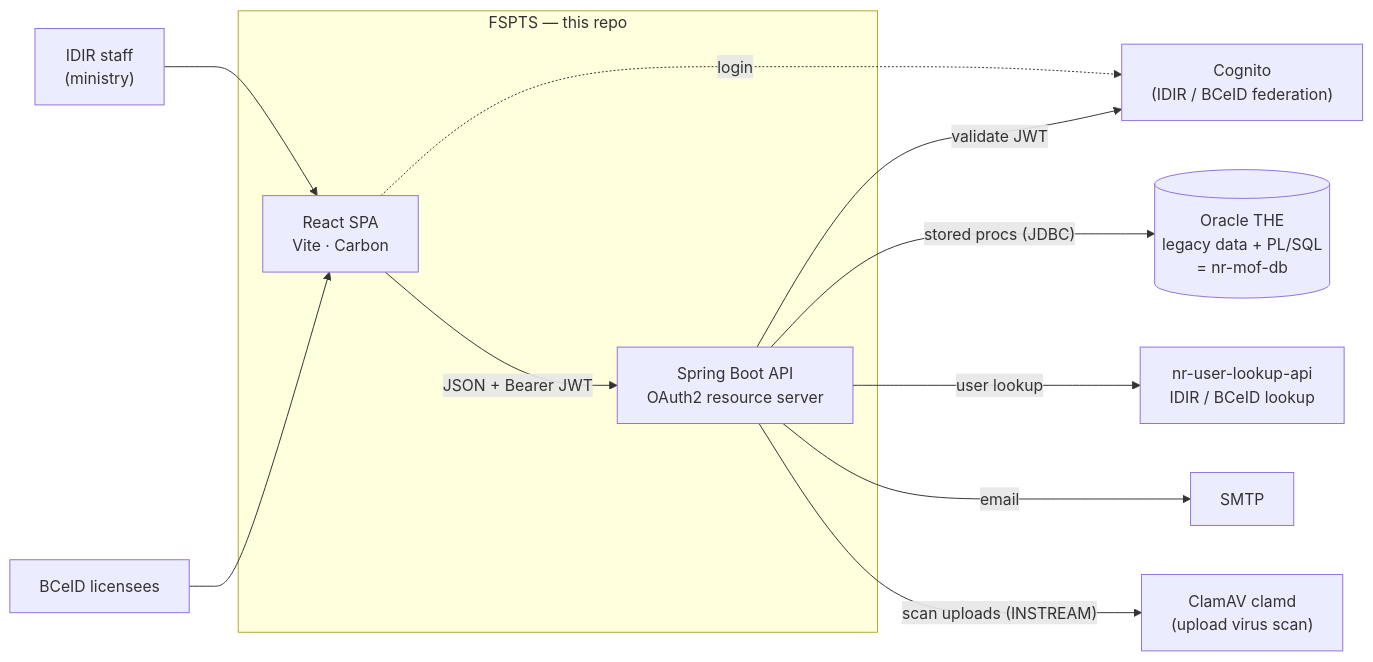
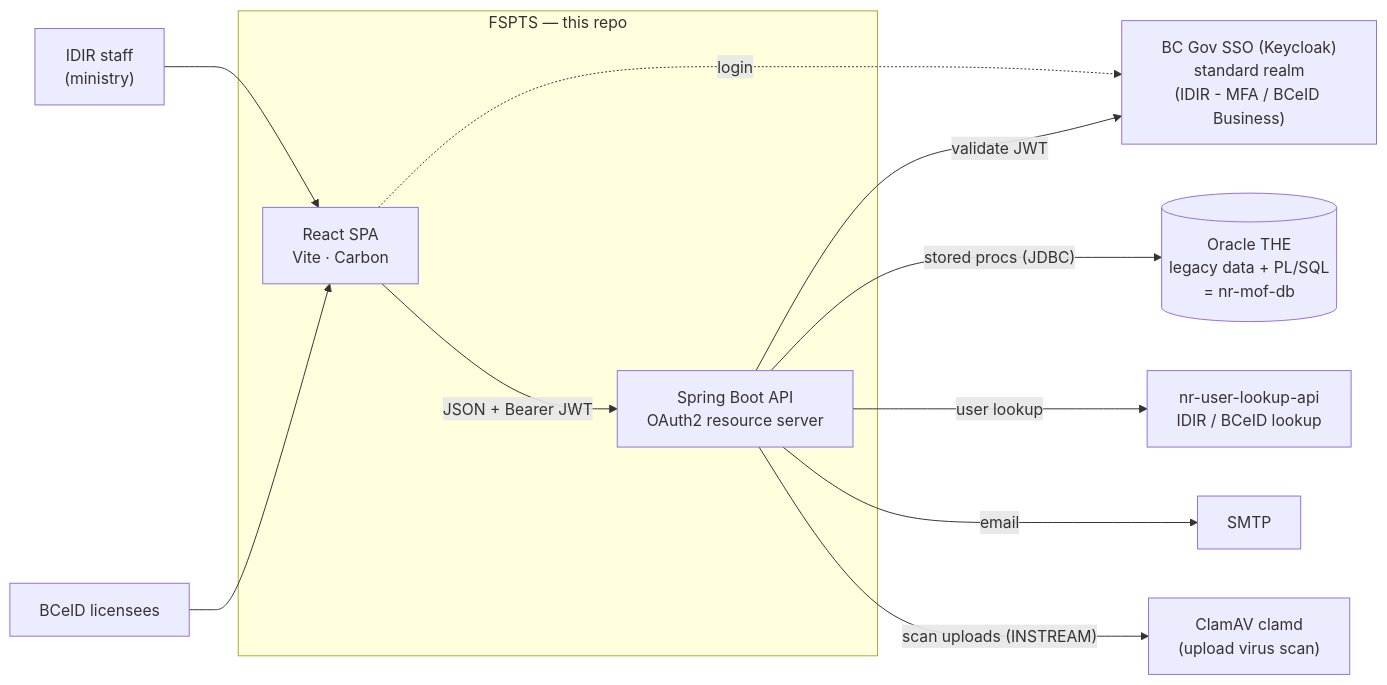
One commit to bcgov/nr-fspts changed the first of 2 diagrams in docs/architecture.md. Above: the diagram before and after it, drawn with Mermaid. The commit also changed other lines of this file and 82 other files, not shown here.

````diff
--- a/docs/architecture.md
+++ b/docs/architecture.md
@@ -26,25 +26,25 @@
 ```mermaid
 flowchart LR
     idir["IDIR staff<br/>(ministry)"]
     bceid["BCeID licensees"]
 
     subgraph fsp["FSPTS — this repo"]
         spa["React SPA<br/>Vite · Carbon"]
         api["Spring Boot API<br/>OAuth2 resource server"]
     end
 
-    cognito["Cognito<br/>(IDIR / BCeID federation)"]
+    sso["BC Gov SSO (Keycloak)<br/>standard realm<br/>(IDIR - MFA / BCeID Business)"]
     oracle[("Oracle THE<br/>legacy data + PL/SQL<br/>= nr-mof-db")]
     userlookup["nr-user-lookup-api<br/>IDIR / BCeID lookup"]
     smtp["SMTP"]
     clamav["ClamAV clamd<br/>(upload virus scan)"]
 
     idir & bceid --> spa
     spa -- "JSON + Bearer JWT" --> api
-    spa -. "login" .-> cognito
-    api -- "validate JWT" --> cognito
+    spa -. "login" .-> sso
+    api -- "validate JWT" --> sso
     api -- "stored procs (JDBC)" --> oracle
     api -- "user lookup" --> userlookup
     api -- "email" --> smtp
     api -- "scan uploads (INSTREAM)" --> clamav
 ```
````
